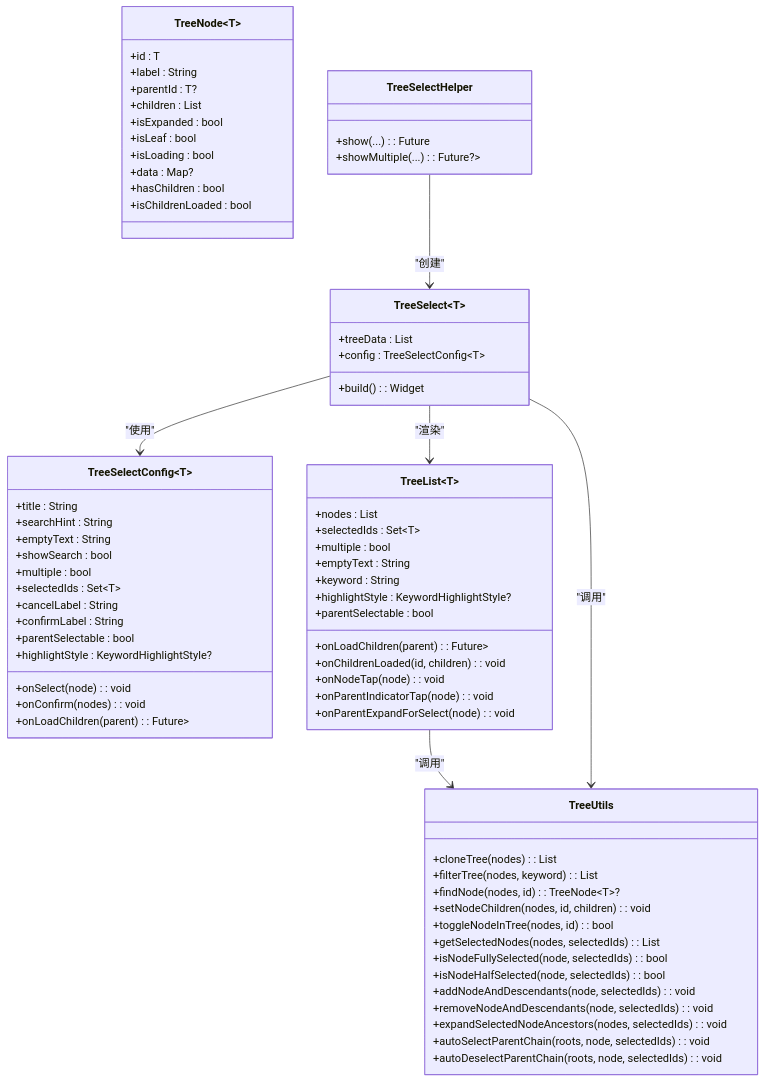
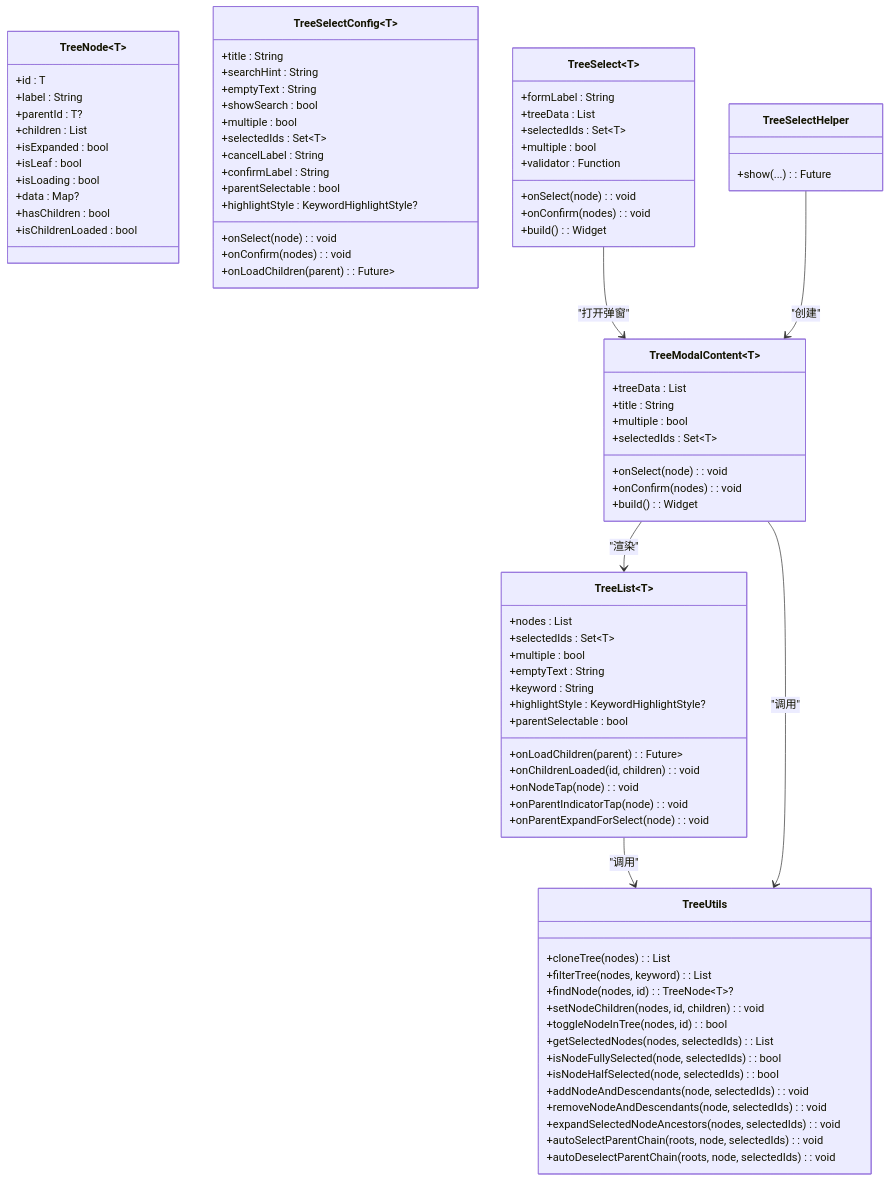
Before and after one commit to yuzhido/lite-ui: the second of 5 diagrams in .qoder/repowiki/zh/content/高级组件/树形选择器.md, drawn with Mermaid. The commit also changed other lines of this file and 22 other files, not shown here.

````diff
--- a/.qoder/repowiki/zh/content/高级组件/树形选择器.md
+++ b/.qoder/repowiki/zh/content/高级组件/树形选择器.md
@@ -116,8 +127,22 @@
 +highlightStyle : KeywordHighlightStyle?
 }
 class TreeSelect~T~ {
++formLabel : String
 +treeData : List<TreeNode~T~>
-+config : TreeSelectConfig~T~
++selectedIds : Set~T~
++multiple : bool
++validator : Function
++onSelect(node) : void
++onConfirm(nodes) : void
++build() : Widget
+}
+class TreeModalContent~T~ {
++treeData : List<TreeNode~T~>
++title : String
++multiple : bool
++selectedIds : Set~T~
++onSelect(node) : void
++onConfirm(nodes) : void
 +build() : Widget
 }
 class TreeList~T~ {
@@ -136,7 +161,6 @@
 }
 class TreeSelectHelper {
 +show<T>(...) : Future<TreeNode~T~?>
-+showMultiple<T>(...) : Future<List<TreeNode~T~>?>
 }
 class TreeUtils {
 +cloneTree(nodes) : List<TreeNode~T~>
@@ -153,9 +177,9 @@
 +autoSelectParentChain(roots, node, selectedIds) : void
 +autoDeselectParentChain(roots, node, selectedIds) : void
 }
-TreeSelect~T~ --> TreeSelectConfig~T~ : "使用"
-TreeSelect~T~ --> TreeList~T~ : "渲染"
+TreeSelect~T~ --> TreeModalContent~T~ : "打开弹窗"
+TreeModalContent~T~ --> TreeList~T~ : "渲染"
 TreeList~T~ --> TreeUtils : "调用"
-TreeSelect~T~ --> TreeUtils : "调用"
-TreeSelectHelper --> TreeSelect~T~ : "创建"
+TreeModalContent~T~ --> TreeUtils : "调用"
+TreeSelectHelper --> TreeModalContent~T~ : "创建"
 ```
````
